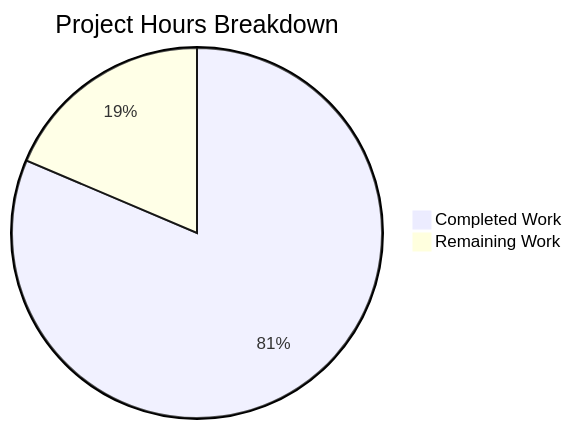
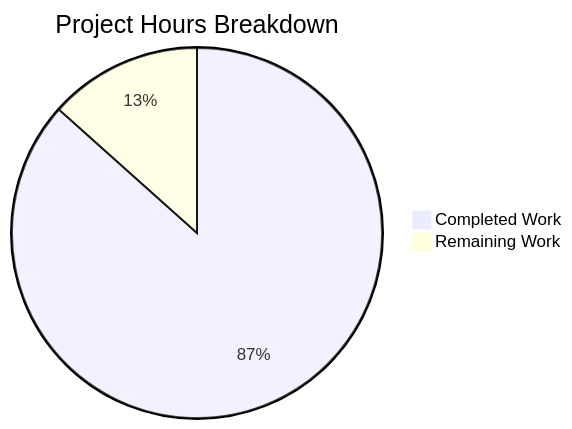
One commit to Blitzy-Sandbox/blitzy-RudderStack changed the second of 2 diagrams in blitzy/documentation/Project Guide.md. Above: the diagram before and after it, drawn with Mermaid. The commit also changed other lines of this file, not shown here.

Commit message:
Adding Blitzy Project Guide: Project Status and Human Tasks Remaining

````diff
--- a/blitzy/documentation/Project Guide.md
+++ b/blitzy/documentation/Project Guide.md
@@ -214,5 +215,5 @@
 ```mermaid
 pie title Project Hours Breakdown
-    "Completed Work" : 105
-    "Remaining Work" : 24
+    "Completed Work" : 110
+    "Remaining Work" : 17
 ```
````
